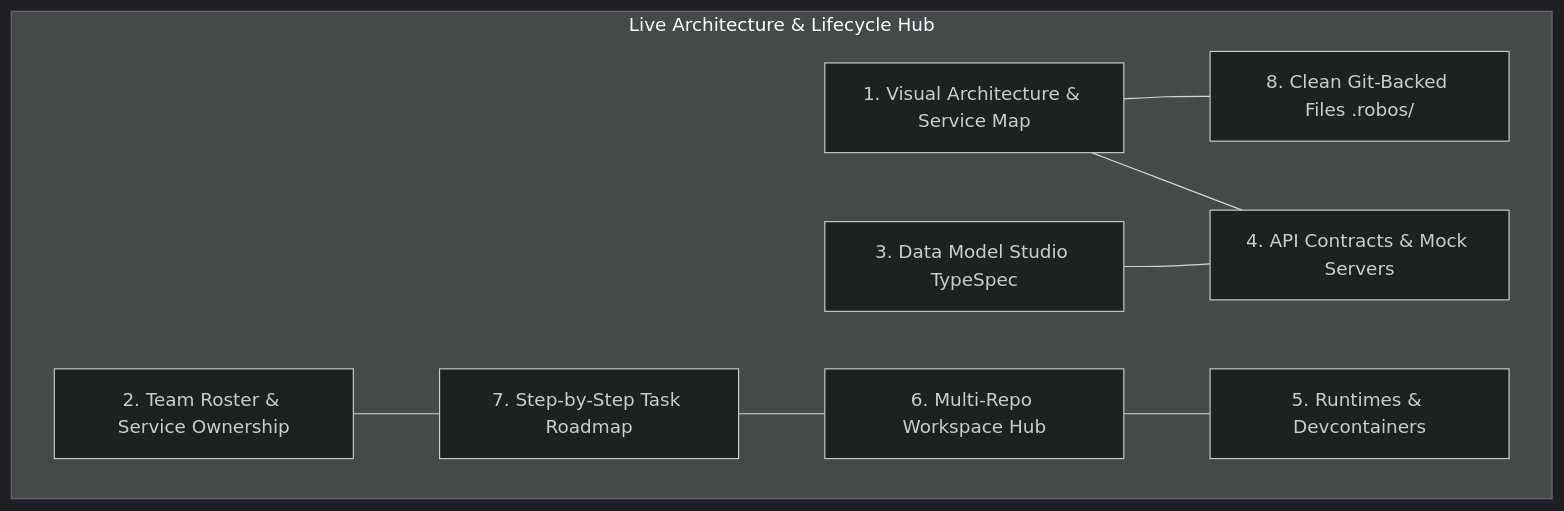
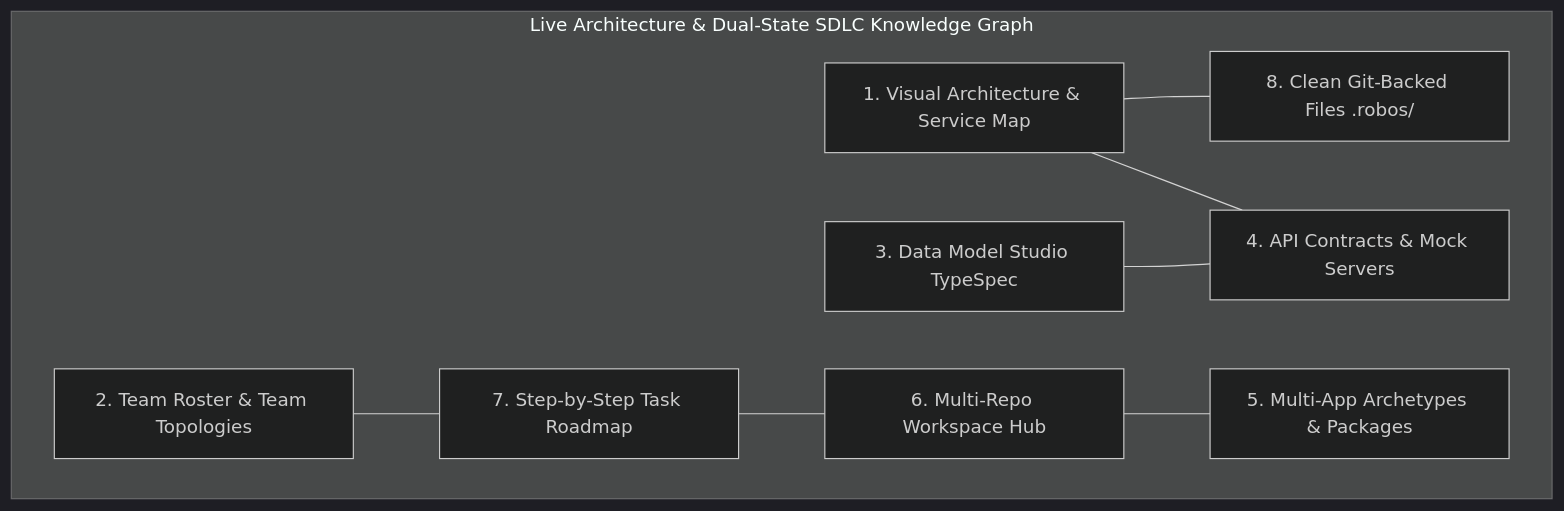
One commit to nddipiazza/robos changed the first of 2 diagrams in docs/architecture.md. Above: the diagram before and after it, drawn with Mermaid (dark theme). The commit also changed other lines of this file and 133 other files, not shown here.

````diff
--- a/docs/architecture.md
+++ b/docs/architecture.md
@@ -25,20 +25,20 @@
 ```mermaid
 graph TD
-    subgraph KnowledgeGraph [Live Architecture & Lifecycle Hub]
+    subgraph KnowledgeGraph [Live Architecture & Dual-State SDLC Knowledge Graph]
         P1[1. Visual Architecture & Service Map]
-        P2[2. Team Roster & Service Ownership]
+        P2[2. Team Roster & Team Topologies]
         P3[3. Data Model Studio TypeSpec]
         P4[4. API Contracts & Mock Servers]
-        P5[5. Runtimes & Devcontainers]
+        P5[5. Multi-App Archetypes & Packages]
         P6[6. Multi-Repo Workspace Hub]
         P7[7. Step-by-Step Task Roadmap]
         P8[8. Clean Git-Backed Files .robos/]
     end
 
     P1 --- P4
     P3 --- P4
     P2 --- P7
     P6 --- P5
     P7 --- P6
     P1 --- P8
 ```
````
